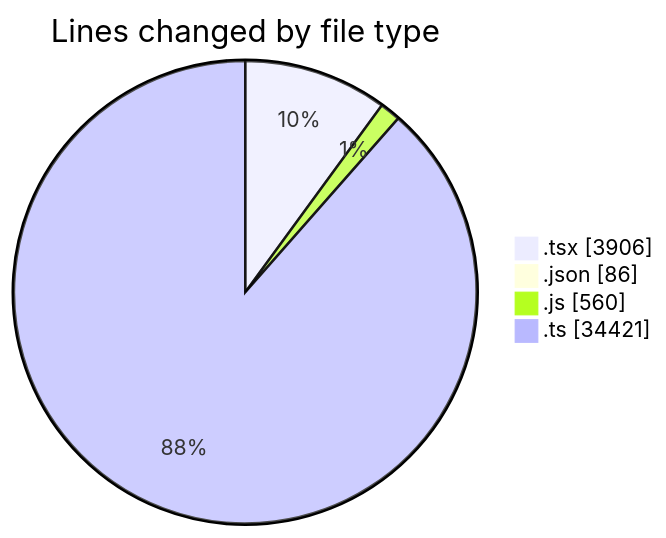
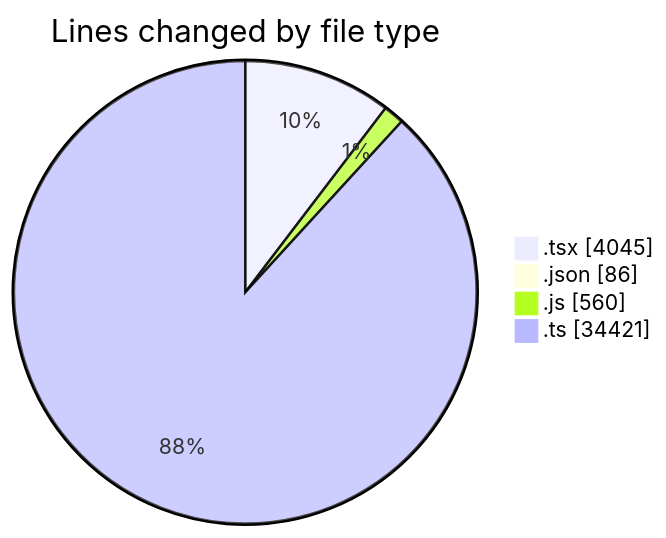
The first of 2 diagrams in 2025-11-10/cda/README.md (momahboobian/code-tracking), drawn with Mermaid before and after one commit. The commit also changed other lines of this file and 1 other file, not shown here.

````diff
--- a/2025-11-10/cda/README.md
+++ b/2025-11-10/cda/README.md
@@ -39,8 +40,8 @@
 ```mermaid
 pie showData
 title Lines changed by file type
-".tsx" : 3906
+".tsx" : 4045
 ".json" : 86
 ".js" : 560
 ".ts" : 34421
 ```
````
